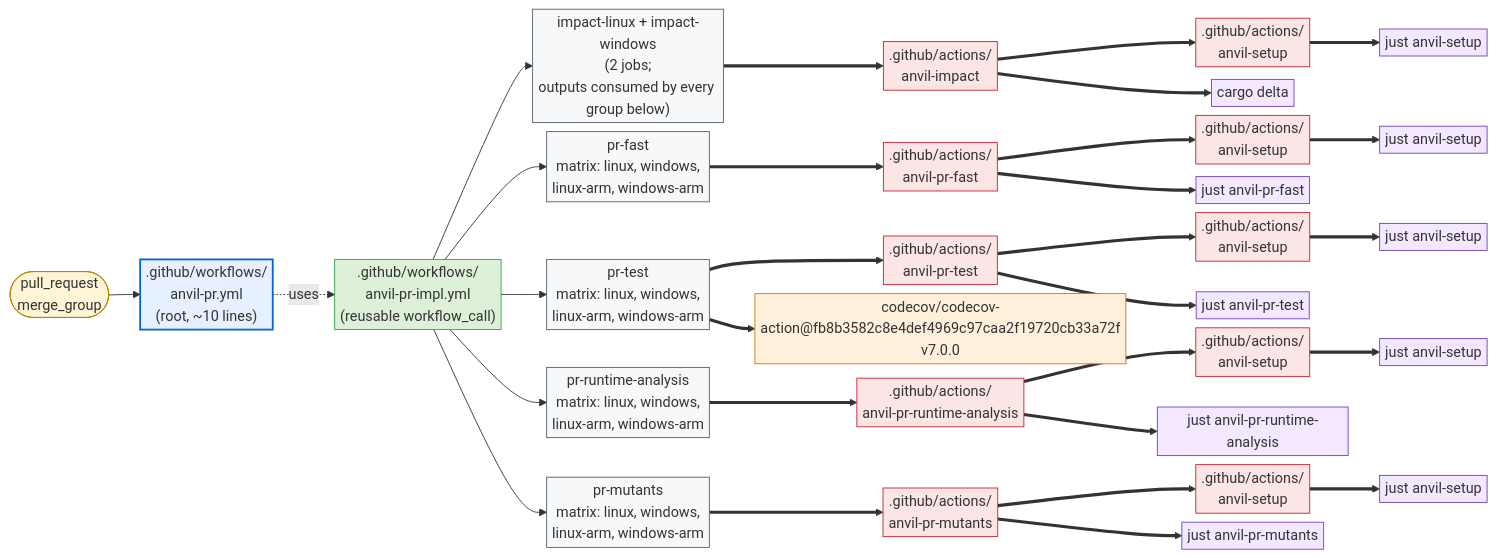
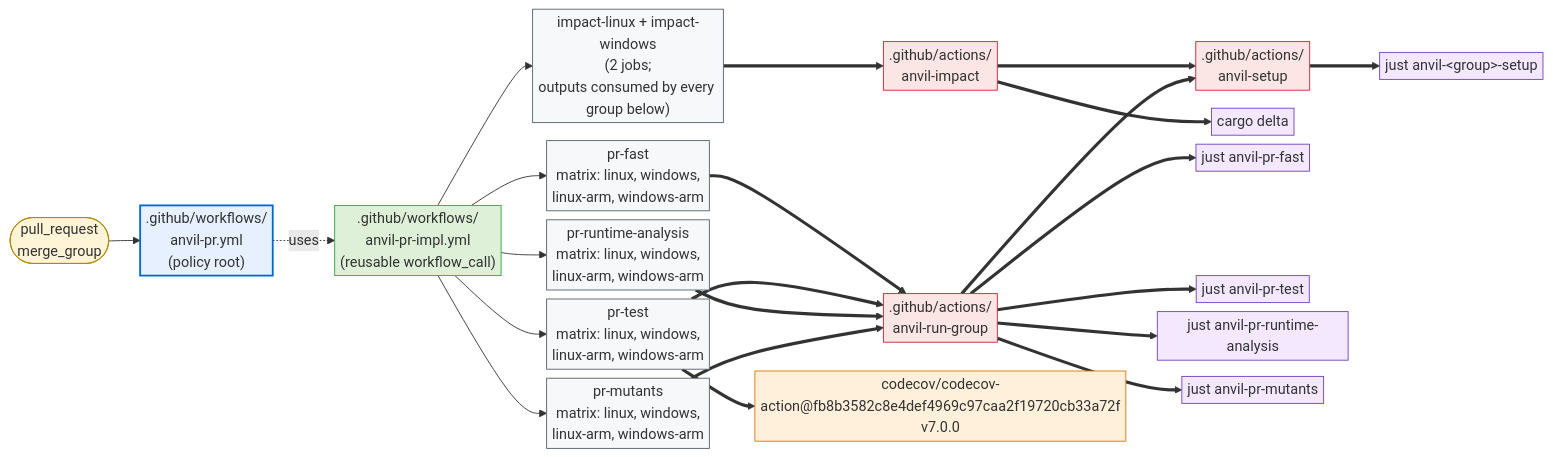
The first of 2 diagrams in crates/cargo-anvil/docs/design/github.md (microsoft/ox-tools), drawn with Mermaid before and after one commit. The commit also changed other lines of this file, not shown here.

Commit message:
docs(cargo-anvil): factor group execution design

````diff
--- a/crates/cargo-anvil/docs/design/github.md
+++ b/crates/cargo-anvil/docs/design/github.md
@@ -55,73 +56,54 @@
 ```mermaid
 %%{init: {"flowchart": {"nodeSpacing": 10, "rankSpacing": 35, "padding": 3}, "themeVariables": {"fontSize": "16px"}}}%%
 flowchart LR
     pr_evt([pull_request<br/>merge_group]):::trigger
-    pr_root[".github/workflows/<br/>anvil-pr.yml<br/>(root, ~10 lines)"]:::root
+    pr_root[".github/workflows/<br/>anvil-pr.yml<br/>(policy root)"]:::root
     pr_impl[".github/workflows/<br/>anvil-pr-impl.yml<br/>(reusable workflow_call)"]:::impl
     impact["impact-linux + impact-windows<br/>(2 jobs;<br/>outputs consumed by every group below)"]:::job
     pr_fast_job["pr-fast<br/>matrix: linux, windows,<br/>linux-arm, windows-arm"]:::job
     pr_test_job["pr-test<br/>matrix: linux, windows,<br/>linux-arm, windows-arm"]:::job
     pr_runtime_analysis_job["pr-runtime-analysis<br/>matrix: linux, windows,<br/>linux-arm, windows-arm"]:::job
     pr_mutants_job["pr-mutants<br/>matrix: linux, windows,<br/>linux-arm, windows-arm"]:::job
     impact_act[".github/actions/<br/>anvil-impact"]:::action
-    impact_setup[".github/actions/<br/>anvil-setup"]:::action
-    fast_setup[".github/actions/<br/>anvil-setup"]:::action
-    test_setup[".github/actions/<br/>anvil-setup"]:::action
-    runtime_setup[".github/actions/<br/>anvil-setup"]:::action
-    mutants_setup[".github/actions/<br/>anvil-setup"]:::action
-    fast_act[".github/actions/<br/>anvil-pr-fast"]:::action
-    test_act[".github/actions/<br/>anvil-pr-test"]:::action
-    runtime_act[".github/actions/<br/>anvil-pr-runtime-analysis"]:::action
-    mutants_act[".github/actions/<br/>anvil-pr-mutants"]:::action
+    setup_act[".github/actions/<br/>anvil-setup"]:::action
+    run_group_act[".github/actions/<br/>anvil-run-group"]:::action
     codecov_act["codecov/codecov-action@fb8b3582c8e4def4969c97caa2f19720cb33a72f<br/>v7.0.0"]:::external
     impact_just["cargo delta"]:::recipe
     fast_just["just anvil-pr-fast"]:::recipe
-    fast_setup_just["just anvil-setup"]:::recipe
-    impact_setup_just["just anvil-setup"]:::recipe
     test_just["just anvil-pr-test"]:::recipe
-    test_setup_just["just anvil-setup"]:::recipe
     runtime_just["just anvil-pr-runtime-analysis"]:::recipe
-    runtime_setup_just["just anvil-setup"]:::recipe
     mutants_just["just anvil-pr-mutants"]:::recipe
-    mutants_setup_just["just anvil-setup"]:::recipe
+    setup_just["just anvil-&lt;group&gt;-setup"]:::recipe
 
     pr_evt --> pr_root
     pr_root -. uses .-> pr_impl
     pr_impl --> impact
     pr_impl --> pr_fast_job
     pr_impl --> pr_test_job
     pr_impl --> pr_runtime_analysis_job
     pr_impl --> pr_mutants_job
 
     impact ==> impact_act
-    pr_fast_job ==> fast_act
-    pr_test_job ==> test_act
+    pr_fast_job ==> run_group_act
+    pr_test_job ==> run_group_act
     pr_test_job ==> codecov_act
-    pr_runtime_analysis_job ==> runtime_act
-    pr_mutants_job ==> mutants_act
+    pr_runtime_analysis_job ==> run_group_act
+    pr_mutants_job ==> run_group_act
 
-    impact_act ==> impact_setup
+    impact_act ==> setup_act
     impact_act ==> impact_just
-    fast_act ==> fast_setup
-    fast_act ==> fast_just
-    test_act ==> test_setup
-    test_act ==> test_just
-    runtime_act ==> runtime_setup
-    runtime_act ==> runtime_just
-    mutants_act ==> mutants_setup
-    mutants_act ==> mutants_just
-
-    impact_setup ==> impact_setup_just
-    fast_setup ==> fast_setup_just
-    test_setup ==> test_setup_just
-    runtime_setup ==> runtime_setup_just
-    mutants_setup ==> mutants_setup_just
+    run_group_act ==> setup_act
+    run_group_act ==> fast_just
+    run_group_act ==> test_just
+    run_group_act ==> runtime_just
+    run_group_act ==> mutants_just
+    setup_act ==> setup_just
 
     classDef trigger fill:#fff4d6,stroke:#b08800,stroke-width:1px;
     classDef root fill:#e6f0ff,stroke:#0366d6,stroke-width:2px;
     classDef impl fill:#dff0d8,stroke:#28a745,stroke-width:1px;
     classDef job fill:#f6f8fa,stroke:#586069,stroke-width:1px;
     classDef action fill:#fce5e5,stroke:#cb2431,stroke-width:1px;
     classDef external fill:#fff0db,stroke:#d97706,stroke-width:1px;
     classDef recipe fill:#f3e8ff,stroke:#6f42c1,stroke-width:1px;
 ```
````
